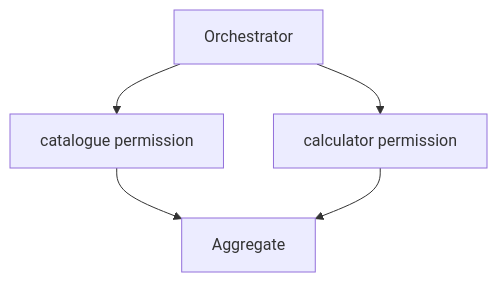
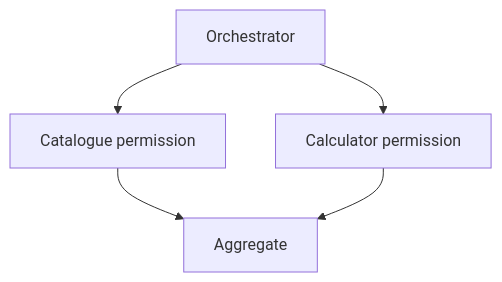
One commit to jmdvinodjmd/agentic-ai-tutorial changed the diagram in patterns/orchestrator_worker/README.md. Above: the diagram before and after it, drawn with Mermaid. The commit also changed other lines of this file and 34 other files, not shown here.

````diff
--- a/patterns/orchestrator_worker/README.md
+++ b/patterns/orchestrator_worker/README.md
@@ -5,7 +9,7 @@
 ```mermaid
 flowchart TD
-  Orchestrator --> Researcher[catalogue permission]
-  Orchestrator --> Analyst[calculator permission]
+  Orchestrator --> Researcher[Catalogue permission]
+  Orchestrator --> Analyst[Calculator permission]
   Researcher --> Aggregate
   Analyst --> Aggregate
 ```
````
